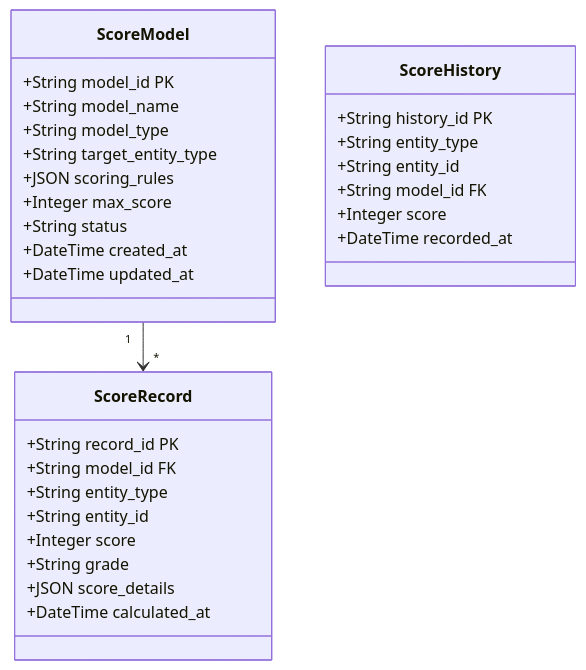
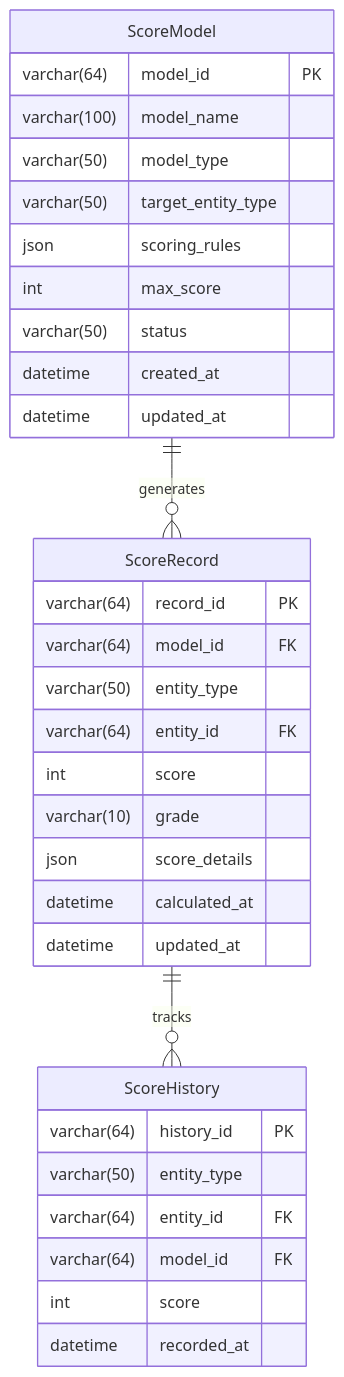
Before and after one commit to 312268112/advanced-java: diagram 13 of 26 in docs/b2b-cdp-entity-design.md, drawn with Mermaid. The commit also changed other lines of this file, not shown here.

Commit message:
Refactor: Improve B2B CDP entity design documentation

````diff
--- a/docs/b2b-cdp-entity-design.md
+++ b/docs/b2b-cdp-entity-design.md
@@ -638,36 +737,38 @@
 ```mermaid
-classDiagram
-    class ScoreModel {
-        +String model_id PK
-        +String model_name
-        +String model_type
-        +String target_entity_type
-        +JSON scoring_rules
-        +Integer max_score
-        +String status
-        +DateTime created_at
-        +DateTime updated_at
+erDiagram
+    ScoreModel ||--o{ ScoreRecord : "generates"
+    ScoreRecord ||--o{ ScoreHistory : "tracks"
+    
+    ScoreModel {
+        varchar(64) model_id PK
+        varchar(100) model_name
+        varchar(50) model_type
+        varchar(50) target_entity_type
+        json scoring_rules
+        int max_score
+        varchar(50) status
+        datetime created_at
+        datetime updated_at
     }
     
-    class ScoreRecord {
-        +String record_id PK
-        +String model_id FK
-        +String entity_type
-        +String entity_id
-        +Integer score
-        +String grade
-        +JSON score_details
-        +DateTime calculated_at
+    ScoreRecord {
+        varchar(64) record_id PK
+        varchar(64) model_id FK
+        varchar(50) entity_type
+        varchar(64) entity_id FK
+        int score
+        varchar(10) grade
+        json score_details
+        datetime calculated_at
+        datetime updated_at
     }
     
-    class ScoreHistory {
-        +String history_id PK
-        +String entity_type
-        +String entity_id
-        +String model_id FK
-        +Integer score
-        +DateTime recorded_at
+    ScoreHistory {
+        varchar(64) history_id PK
+        varchar(50) entity_type
+        varchar(64) entity_id FK
+        varchar(64) model_id FK
+        int score
+        datetime recorded_at
     }
-    
-    ScoreModel "1" --> "*" ScoreRecord
 ```
````
